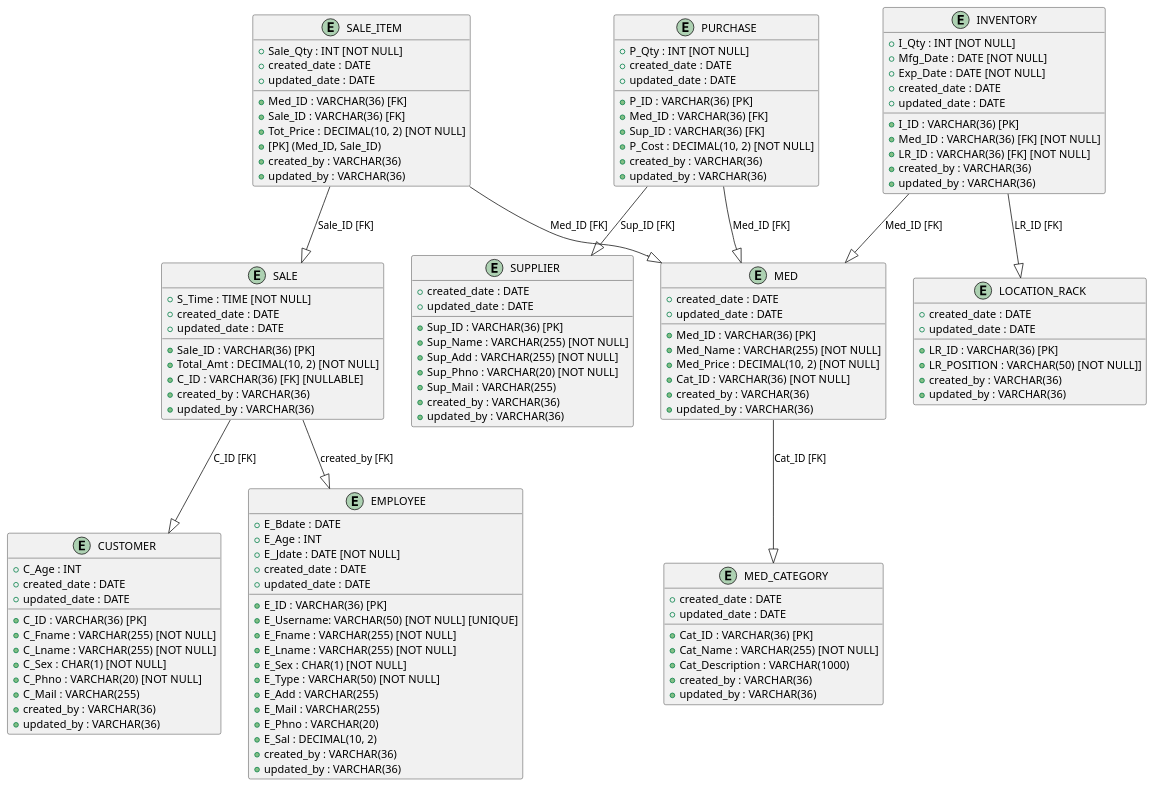
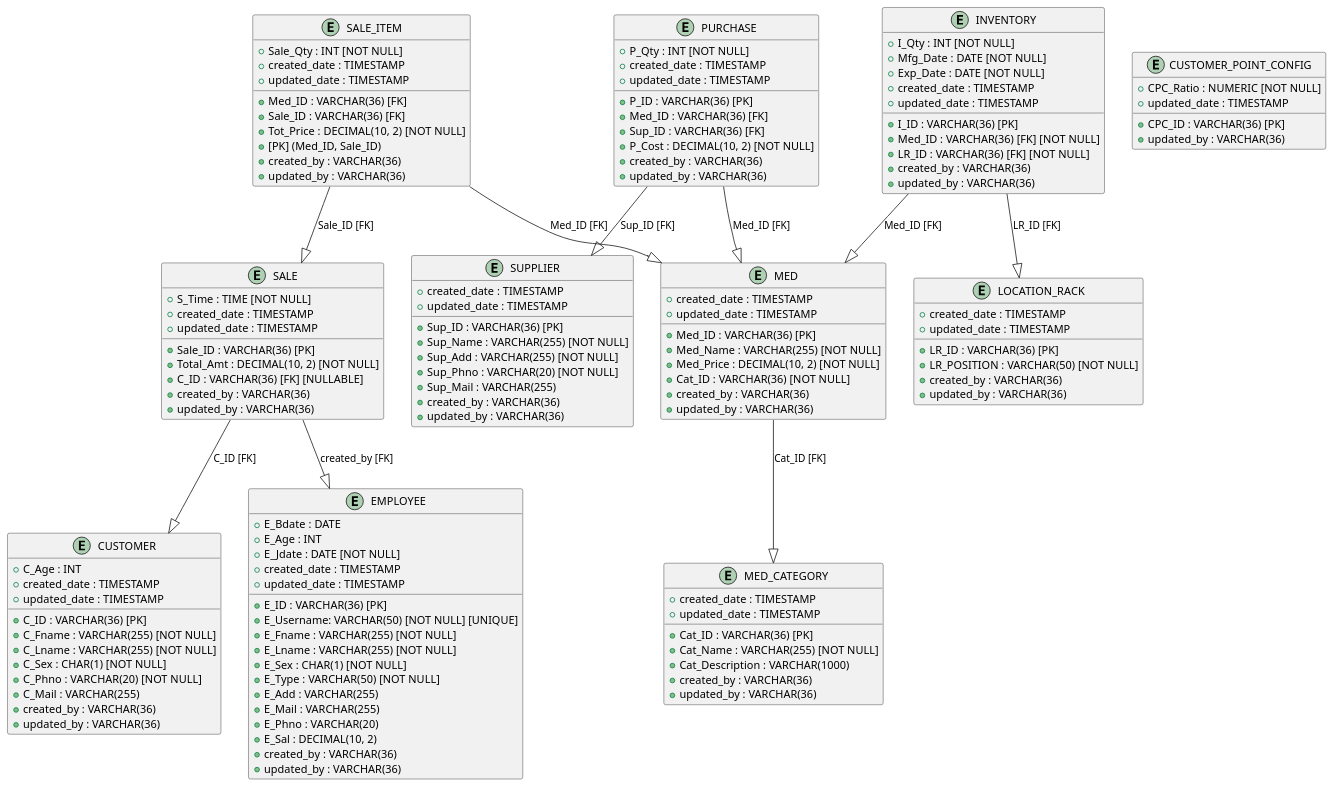
The diagram in design/RDM.puml (viettq1997/pharmacy-system), drawn with PlantUML before and after one commit. The commit also changed 2 other files, not shown here.

```diff
--- a/design/RDM.puml
+++ b/design/RDM.puml
@@ -1,136 +1,143 @@
 @startuml
 
 entity "EMPLOYEE" as Employee {
   + E_ID : VARCHAR(36) [PK]
   + E_Username: VARCHAR(50) [NOT NULL] [UNIQUE]
   + E_Fname : VARCHAR(255) [NOT NULL]
   + E_Lname : VARCHAR(255) [NOT NULL]
   + E_Bdate : DATE
   + E_Age : INT
   + E_Sex : CHAR(1) [NOT NULL]
   + E_Type : VARCHAR(50) [NOT NULL]
   + E_Jdate : DATE [NOT NULL]
   + E_Add : VARCHAR(255)
   + E_Mail : VARCHAR(255)
   + E_Phno : VARCHAR(20)
   + E_Sal : DECIMAL(10, 2)
-  + created_date : DATE
+  + created_date : TIMESTAMP
   + created_by : VARCHAR(36)
-  + updated_date : DATE
+  + updated_date : TIMESTAMP
   + updated_by : VARCHAR(36)
 }
 
 entity "SUPPLIER" as Suppliers {
   + Sup_ID : VARCHAR(36) [PK]
   + Sup_Name : VARCHAR(255) [NOT NULL]
   + Sup_Add : VARCHAR(255) [NOT NULL]
   + Sup_Phno : VARCHAR(20) [NOT NULL]
   + Sup_Mail : VARCHAR(255)
-  + created_date : DATE
+  + created_date : TIMESTAMP
   + created_by : VARCHAR(36)
-  + updated_date : DATE
+  + updated_date : TIMESTAMP
   + updated_by : VARCHAR(36)
 }
 
 entity "CUSTOMER" as Customer {
   + C_ID : VARCHAR(36) [PK]
   + C_Fname : VARCHAR(255) [NOT NULL]
   + C_Lname : VARCHAR(255) [NOT NULL]
   + C_Age : INT
   + C_Sex : CHAR(1) [NOT NULL]
   + C_Phno : VARCHAR(20) [NOT NULL]
   + C_Mail : VARCHAR(255)
-  + created_date : DATE
+  + created_date : TIMESTAMP
   + created_by : VARCHAR(36)
-  + updated_date : DATE
+  + updated_date : TIMESTAMP
   + updated_by : VARCHAR(36)
 }
 
 entity "MED_CATEGORY" as MedCategory {
   + Cat_ID : VARCHAR(36) [PK]
   + Cat_Name : VARCHAR(255) [NOT NULL]
   + Cat_Description : VARCHAR(1000)
-  + created_date : DATE
+  + created_date : TIMESTAMP
   + created_by : VARCHAR(36)
-  + updated_date : DATE
+  + updated_date : TIMESTAMP
   + updated_by : VARCHAR(36)
 }
 
 entity "MED" as Meds {
   + Med_ID : VARCHAR(36) [PK]
   + Med_Name : VARCHAR(255) [NOT NULL]
   + Med_Price : DECIMAL(10, 2) [NOT NULL]
   + Cat_ID : VARCHAR(36) [NOT NULL]
-  + created_date : DATE
+  + created_date : TIMESTAMP
   + created_by : VARCHAR(36)
-  + updated_date : DATE
+  + updated_date : TIMESTAMP
   + updated_by : VARCHAR(36)
 }
 
 entity "PURCHASE" as Purchase {
   + P_ID : VARCHAR(36) [PK]
   + Med_ID : VARCHAR(36) [FK]
   + Sup_ID : VARCHAR(36) [FK]
   + P_Qty : INT [NOT NULL]
   + P_Cost : DECIMAL(10, 2) [NOT NULL]
-  + created_date : DATE
+  + created_date : TIMESTAMP
   + created_by : VARCHAR(36)
-  + updated_date : DATE
+  + updated_date : TIMESTAMP
   + updated_by : VARCHAR(36)
 }
 
 entity "SALE" as Sales {
   + Sale_ID : VARCHAR(36) [PK]
   + S_Time : TIME [NOT NULL]
   + Total_Amt : DECIMAL(10, 2) [NOT NULL]
   + C_ID : VARCHAR(36) [FK] [NULLABLE]
-  + created_date : DATE
+  + created_date : TIMESTAMP
   + created_by : VARCHAR(36)
-  + updated_date : DATE
+  + updated_date : TIMESTAMP
   + updated_by : VARCHAR(36)
 }
 
 entity "SALE_ITEM" as SalesItems {
   + Med_ID : VARCHAR(36) [FK]
   + Sale_ID : VARCHAR(36) [FK]
   + Sale_Qty : INT [NOT NULL]
   + Tot_Price : DECIMAL(10, 2) [NOT NULL]
   + [PK] (Med_ID, Sale_ID)
-  + created_date : DATE
+  + created_date : TIMESTAMP
   + created_by : VARCHAR(36)
-  + updated_date : DATE
+  + updated_date : TIMESTAMP
   + updated_by : VARCHAR(36)
 }
 
 entity "LOCATION_RACK" as LocationRack {
   + LR_ID : VARCHAR(36) [PK]
-  + LR_POSITION : VARCHAR(50) [NOT NULL]]
-  + created_date : DATE
+  + LR_POSITION : VARCHAR(50) [NOT NULL]
+  + created_date : TIMESTAMP
   + created_by : VARCHAR(36)
-  + updated_date : DATE
+  + updated_date : TIMESTAMP
   + updated_by : VARCHAR(36)
 }
 
 entity "INVENTORY" as Inventory {
   + I_ID : VARCHAR(36) [PK]
   + Med_ID : VARCHAR(36) [FK] [NOT NULL]
   + LR_ID : VARCHAR(36) [FK] [NOT NULL]
   + I_Qty : INT [NOT NULL]
   + Mfg_Date : DATE [NOT NULL]
   + Exp_Date : DATE [NOT NULL]
-  + created_date : DATE
+  + created_date : TIMESTAMP
   + created_by : VARCHAR(36)
-  + updated_date : DATE
+  + updated_date : TIMESTAMP
+  + updated_by : VARCHAR(36)
+}
+
+entity "CUSTOMER_POINT_CONFIG" as CustomerPointConfig {
+  + CPC_ID : VARCHAR(36) [PK]
+  + CPC_Ratio : NUMERIC [NOT NULL]
+  + updated_date : TIMESTAMP
   + updated_by : VARCHAR(36)
 }
 
 Sales --|> Employee : created_by [FK]
 Sales --|> Customer : C_ID [FK]
 SalesItems --|> Sales : Sale_ID [FK]
 SalesItems --|> Meds : Med_ID [FK]
 Purchase --|> Meds : Med_ID [FK]
 Purchase --|> Suppliers : Sup_ID [FK]
 Inventory --|> Meds : Med_ID [FK]
 Inventory --|> LocationRack : LR_ID [FK]
-Meds --|> MedCategory: Cat_ID [FK]
+Meds --|> MedCategory : Cat_ID [FK]
 @enduml
```
